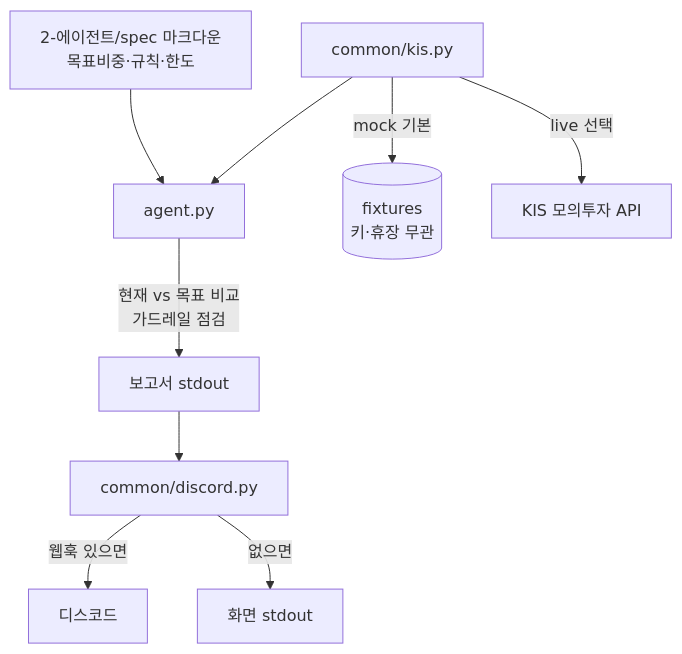
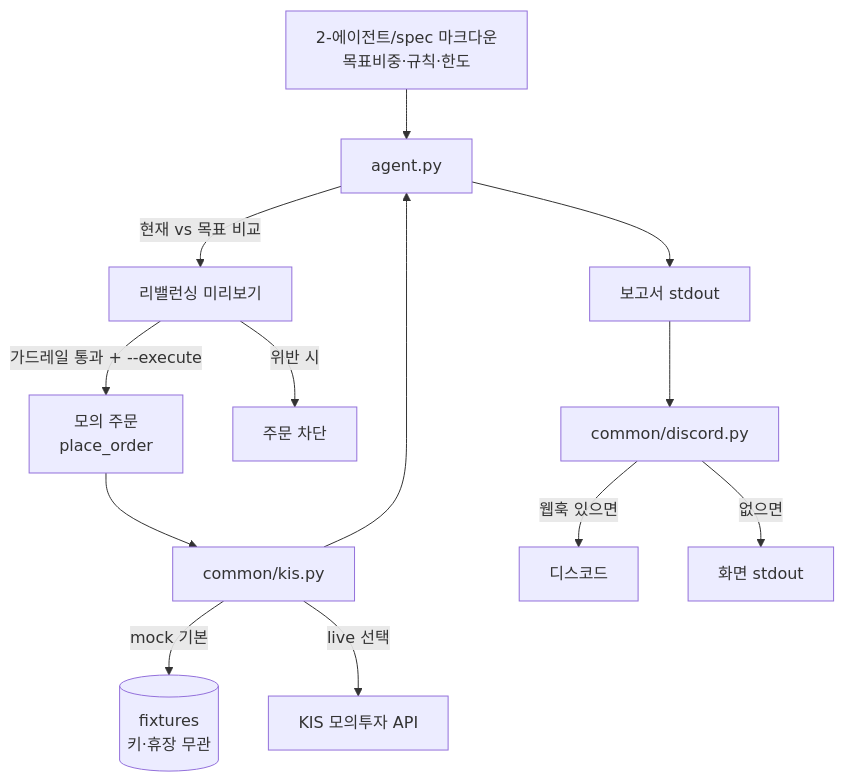
Before and after one commit to JungHoonGhae/thecamp-aitrading: the second of 3 diagrams in docs/아키텍처.md, drawn with Mermaid. The commit also changed other lines of this file and 18 other files, not shown here.

````diff
--- a/docs/아키텍처.md
+++ b/docs/아키텍처.md
@@ -17,11 +17,15 @@
 ```mermaid
 flowchart TD
     S[2-에이전트/spec 마크다운<br/>목표비중·규칙·한도] --> AG[agent.py]
     K[common/kis.py] --> AG
     K -->|mock 기본| FX[(fixtures<br/>키·휴장 무관)]
     K -->|live 선택| API[KIS 모의투자 API]
-    AG -->|현재 vs 목표 비교<br/>가드레일 점검| R[보고서 stdout]
+    AG -->|현재 vs 목표 비교| PV[리밸런싱 미리보기]
+    PV -->|가드레일 통과 + --execute| ORD[모의 주문<br/>place_order]
+    PV -->|위반 시| BLK[주문 차단]
+    ORD --> K
+    AG --> R[보고서 stdout]
     R --> DC[common/discord.py]
     DC -->|웹훅 있으면| DISCORD[디스코드]
     DC -->|없으면| SCR[화면 stdout]
 ```
````
